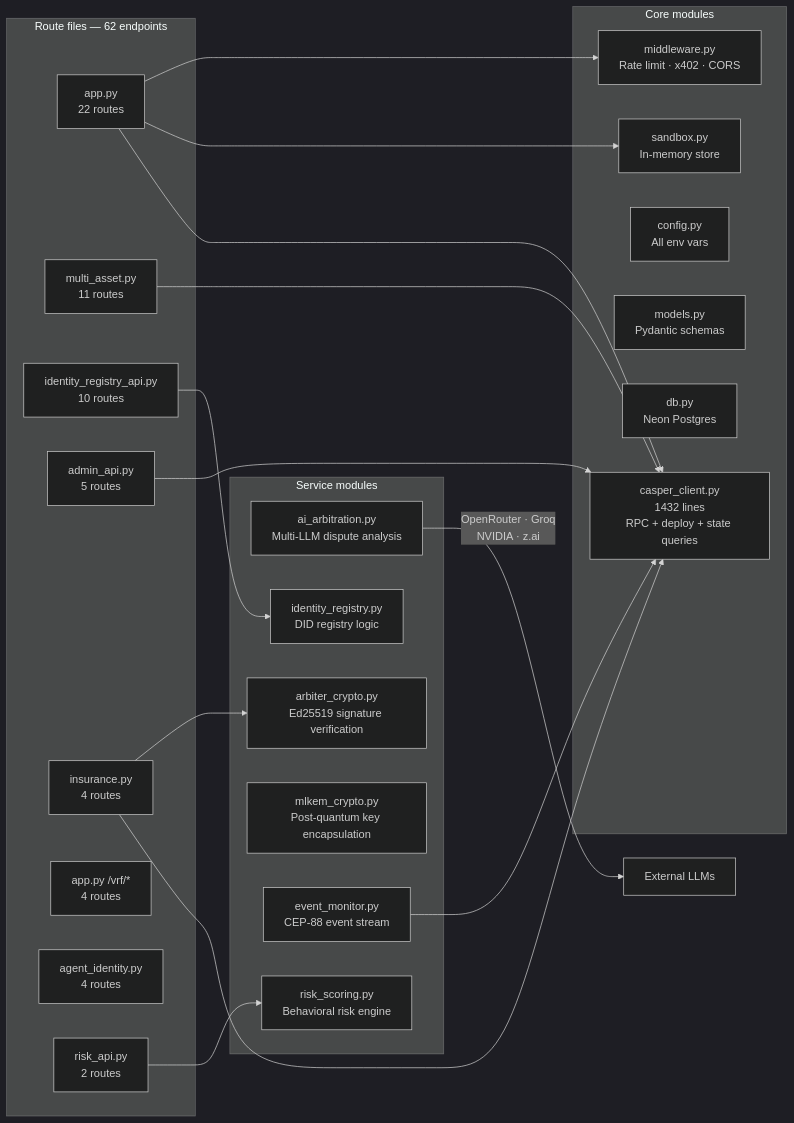
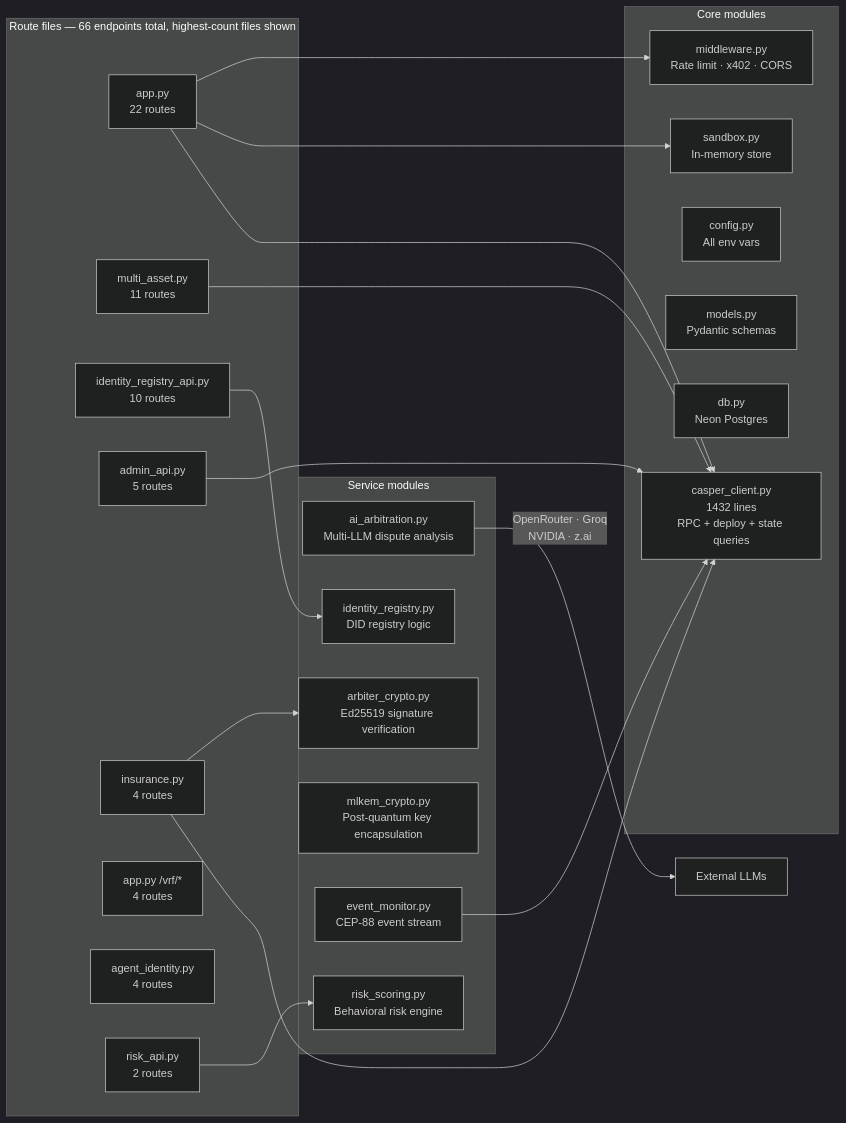
Before and after one commit to alexbelij/AgentEscrow402: the second of 12 diagrams in docs/ARCHITECTURE.md, drawn with Mermaid (dark theme). The commit also changed other lines of this file and 1 other file, not shown here.

````diff
--- a/docs/ARCHITECTURE.md
+++ b/docs/ARCHITECTURE.md
@@ -220,43 +220,43 @@
 ```mermaid
 graph LR
-    subgraph Routes [Route files — 62 endpoints]
+    subgraph Routes [Route files — 66 endpoints total, highest-count files shown]
         app[app.py<br/>22 routes]
         multi[multi_asset.py<br/>11 routes]
         idr[identity_registry_api.py<br/>10 routes]
         admin[admin_api.py<br/>5 routes]
         ins[insurance.py<br/>4 routes]
         vrf_r[app.py /vrf/*<br/>4 routes]
         ident[agent_identity.py<br/>4 routes]
         risk_r[risk_api.py<br/>2 routes]
     end
 
     subgraph Core [Core modules]
         casper[casper_client.py<br/>1432 lines<br/>RPC + deploy + state queries]
         sandbox[sandbox.py<br/>In-memory store]
         config[config.py<br/>All env vars]
         models[models.py<br/>Pydantic schemas]
         db[db.py<br/>Neon Postgres]
         mw[middleware.py<br/>Rate limit · x402 · CORS]
     end
 
     subgraph Services [Service modules]
         arb[ai_arbitration.py<br/>Multi-LLM dispute analysis]
         ac[arbiter_crypto.py<br/>Ed25519 signature verification]
         risk_s[risk_scoring.py<br/>Behavioral risk engine]
         mlkem[mlkem_crypto.py<br/>Post-quantum key encapsulation]
         em[event_monitor.py<br/>CEP-88 event stream]
         idr_svc[identity_registry.py<br/>DID registry logic]
     end
 
     app --> casper
     app --> sandbox
     app --> mw
     multi --> casper
     ins --> casper
     ins --> ac
     idr --> idr_svc
     admin --> casper
     arb --> |OpenRouter · Groq<br/>NVIDIA · z.ai| LLMs[External LLMs]
     risk_r --> risk_s
     em --> casper
 ```
````
